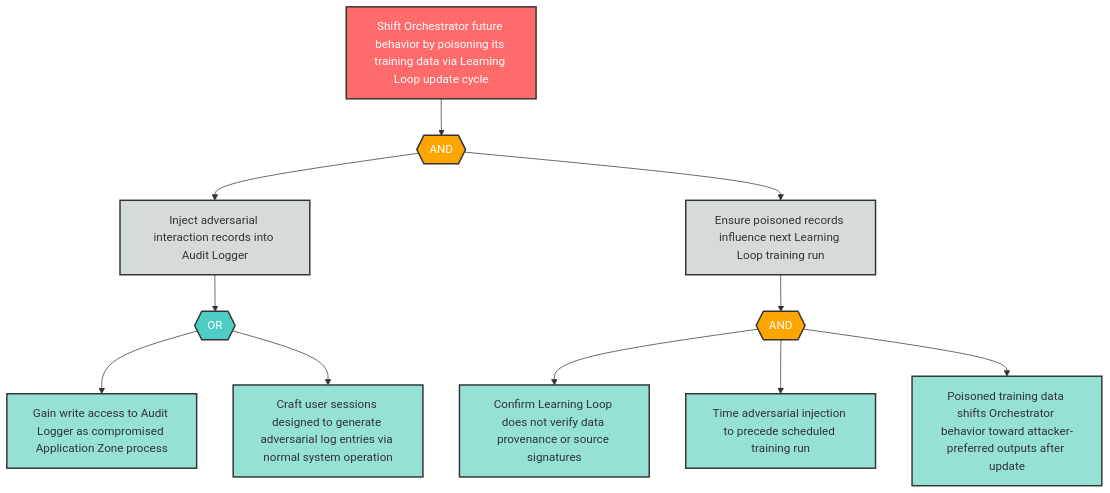
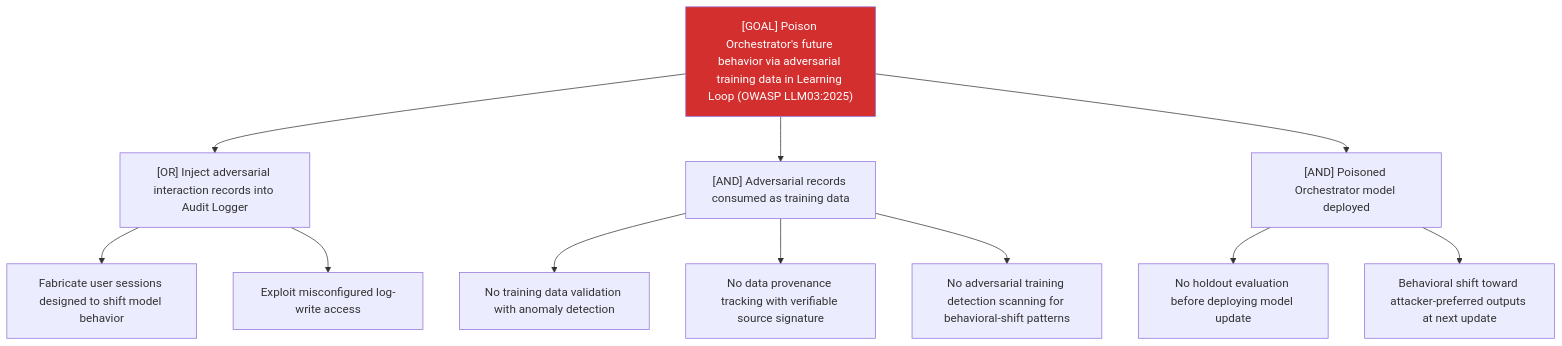
One commit to q-qp-p/davidmatousek-tachi changed the diagram in examples/agentic-app/sample-report/attack-trees/llm-4-attack-tree.md. Above: the diagram before and after it, drawn with Mermaid. The commit also changed other lines of this file and 132 other files, not shown here.

````diff
--- a/examples/agentic-app/sample-report/attack-trees/llm-4-attack-tree.md
+++ b/examples/agentic-app/sample-report/attack-trees/llm-4-attack-tree.md
@@ -8,37 +7,16 @@
 ```mermaid
-flowchart TD
-    LLM4_root["Shift Orchestrator future behavior by poisoning its training data via Learning Loop update cycle"]
-    LLM4_and1{{"AND"}}
-    LLM4_sub1["Inject adversarial interaction records into Audit Logger"]
-    LLM4_sub2["Ensure poisoned records influence next Learning Loop training run"]
-    LLM4_or1{{"OR"}}
-    LLM4_leaf1["Gain write access to Audit Logger as compromised Application Zone process"]
-    LLM4_leaf2["Craft user sessions designed to generate adversarial log entries via normal system operation"]
-    LLM4_and2{{"AND"}}
-    LLM4_leaf3["Confirm Learning Loop does not verify data provenance or source signatures"]
-    LLM4_leaf4["Time adversarial injection to precede scheduled training run"]
-    LLM4_leaf5["Poisoned training data shifts Orchestrator behavior toward attacker-preferred outputs after update"]
-
-    LLM4_root --> LLM4_and1
-    LLM4_and1 --> LLM4_sub1
-    LLM4_and1 --> LLM4_sub2
-    LLM4_sub1 --> LLM4_or1
-    LLM4_or1 --> LLM4_leaf1
-    LLM4_or1 --> LLM4_leaf2
-    LLM4_sub2 --> LLM4_and2
-    LLM4_and2 --> LLM4_leaf3
-    LLM4_and2 --> LLM4_leaf4
-    LLM4_and2 --> LLM4_leaf5
-
-    classDef goal fill:#ff6b6b,stroke:#333,stroke-width:2px,color:#fff
-    classDef andGate fill:#ffa500,stroke:#333,stroke-width:2px,color:#fff
-    classDef orGate fill:#4ecdc4,stroke:#333,stroke-width:2px,color:#fff
-    classDef subGoal fill:#d5dbdb,stroke:#333,stroke-width:2px,color:#333
-    classDef leaf fill:#95e1d3,stroke:#333,stroke-width:2px,color:#333
-
-    class LLM4_root goal
-    class LLM4_and1,LLM4_and2 andGate
-    class LLM4_or1 orGate
-    class LLM4_sub1,LLM4_sub2 subGoal
-    class LLM4_leaf1,LLM4_leaf2,LLM4_leaf3,LLM4_leaf4,LLM4_leaf5 leaf
+graph TD
+    Goal["[GOAL] Poison Orchestrator's future behavior via adversarial training data in Learning Loop (OWASP LLM03:2025)"]
+    Goal --> A["[OR] Inject adversarial interaction records into Audit Logger"]
+    A --> A1["Fabricate user sessions designed to shift model behavior"]
+    A --> A2["Exploit misconfigured log-write access"]
+    Goal --> B["[AND] Adversarial records consumed as training data"]
+    B --> B1["No training data validation with anomaly detection"]
+    B --> B2["No data provenance tracking with verifiable source signature"]
+    B --> B3["No adversarial training detection scanning for behavioral-shift patterns"]
+    Goal --> C["[AND] Poisoned Orchestrator model deployed"]
+    C --> C1["No holdout evaluation before deploying model update"]
+    C --> C2["Behavioral shift toward attacker-preferred outputs at next update"]
+    classDef critical fill:#d32f2f,color:#fff
+    class Goal critical
 ```
````
